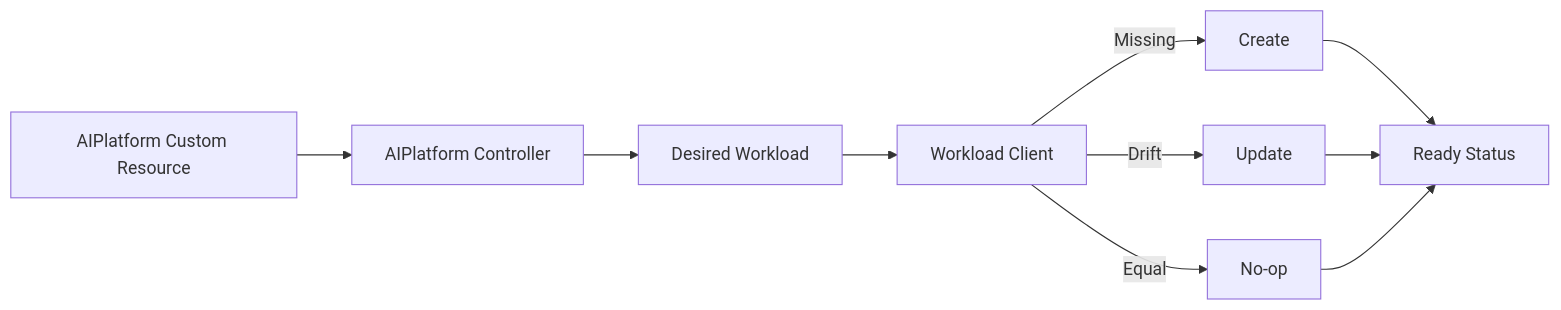
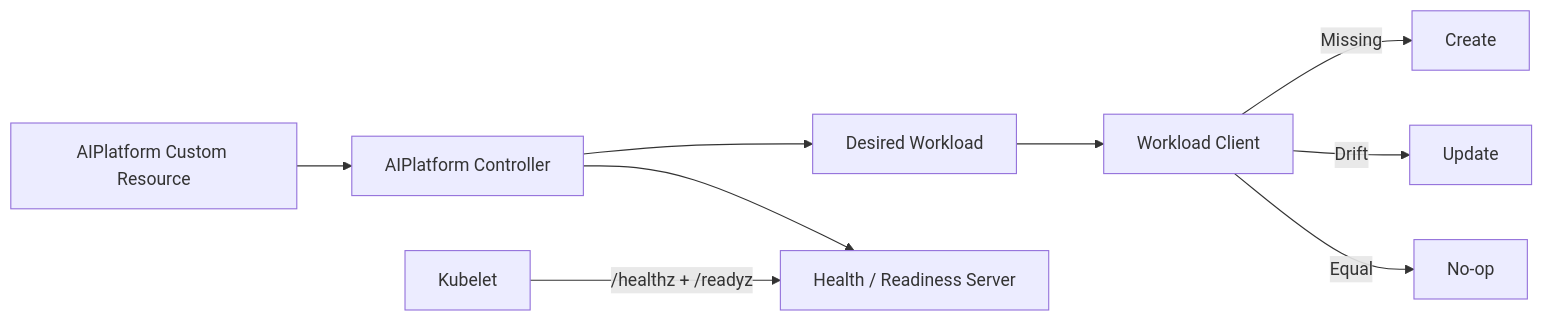
The diagram in README.md (abdallauno1/platform-engineering-kubernetes-operator), drawn with Mermaid before and after one commit. The commit also changed other lines of this file and 19 other files, not shown here.

````diff
--- a/README.md
+++ b/README.md
@@ -23,12 +23,11 @@
 ```mermaid
 flowchart LR
     CR[AIPlatform Custom Resource] --> Controller[AIPlatform Controller]
     Controller --> Desired[Desired Workload]
     Desired --> Client[Workload Client]
     Client -->|Missing| Create[Create]
     Client -->|Drift| Update[Update]
     Client -->|Equal| NoOp[No-op]
-    Create --> Status[Ready Status]
-    Update --> Status
-    NoOp --> Status
+    Controller --> Health[Health / Readiness Server]
+    Kubelet[Kubelet] -->|/healthz + /readyz| Health
 ```
````
